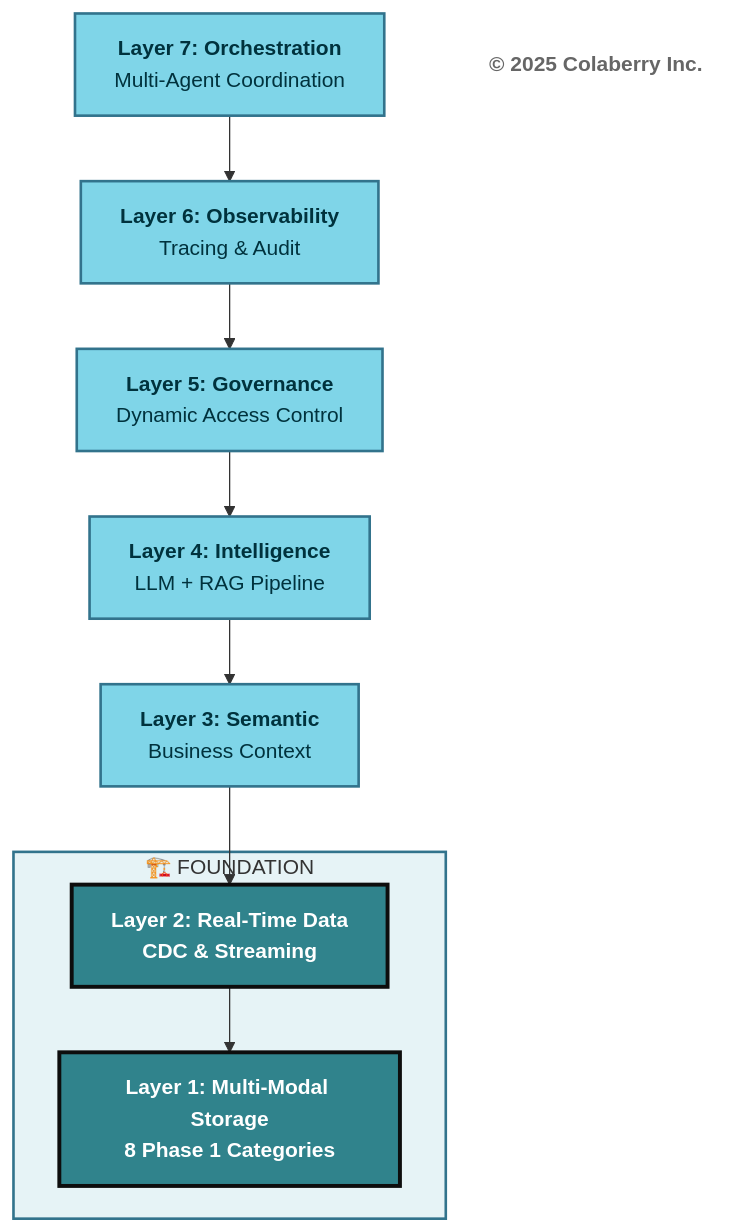
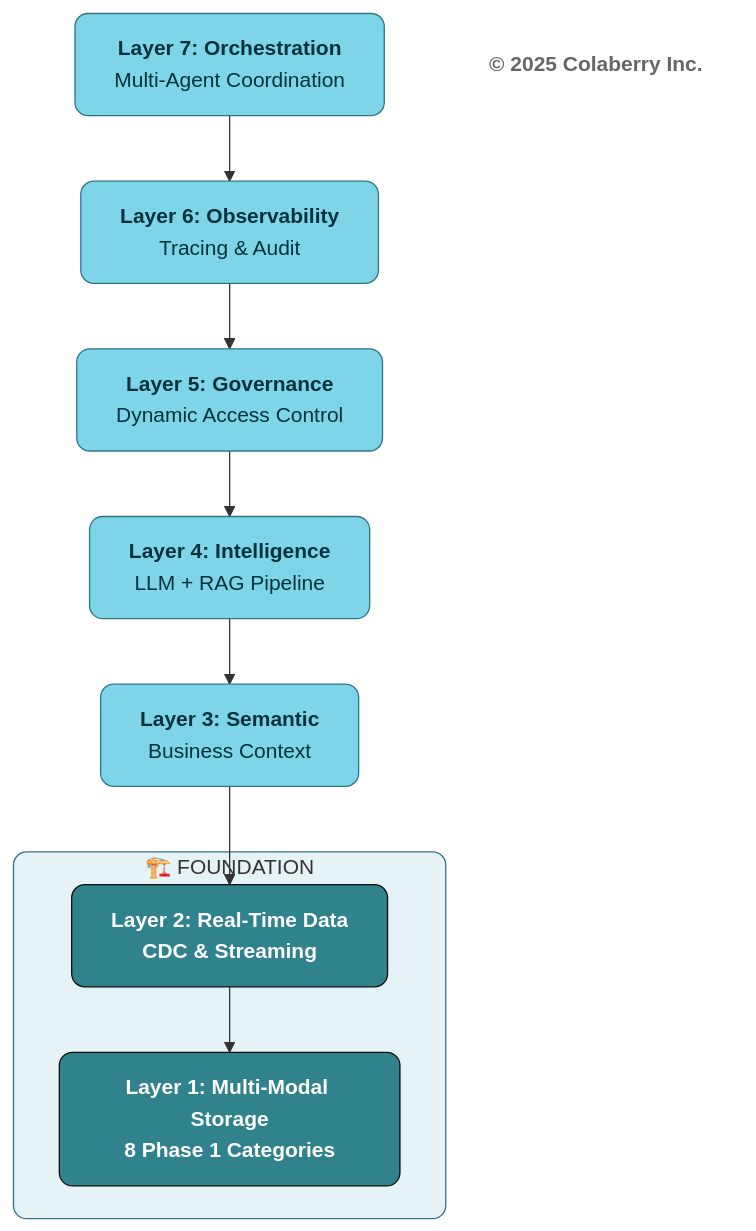
One commit to colaberry/trust-before-intelligence-book changed the third of 11 diagrams in manuscript/05_chapter_4_foundation_layers.md. Above: the diagram before and after it, drawn with Mermaid. The commit also changed other lines of this file and 12 other files, not shown here.

````diff
--- a/manuscript/05_chapter_4_foundation_layers.md
+++ b/manuscript/05_chapter_4_foundation_layers.md
@@ -110,28 +110,28 @@
 ```mermaid
 graph TB
     L7["<b>Layer 7: Orchestration</b><br/>Multi-Agent Coordination"]
     L6["<b>Layer 6: Observability</b><br/>Tracing & Audit"]
     L5["<b>Layer 5: Governance</b><br/>Dynamic Access Control"]
     L4["<b>Layer 4: Intelligence</b><br/>LLM + RAG Pipeline"]
     L3["<b>Layer 3: Semantic</b><br/>Business Context"]
     
     subgraph FOUNDATION["🏗️ FOUNDATION"]
         L2["<b>Layer 2: Real-Time Data</b><br/><b>CDC & Streaming</b>"]
         L1["<b>Layer 1: Multi-Modal Storage</b><br/><b>8 Phase 1 Categories</b>"]
     end
     
     Copyright["<b>© 2025 Colaberry Inc.</b>"]
     
     L7 --> L6 --> L5 --> L4 --> L3
     L3 --> L2 --> L1
 
-    style L7 fill:#7FD5E8,stroke:#32738C,stroke-width:2px,color:#00323D
-    style L6 fill:#7FD5E8,stroke:#32738C,stroke-width:2px,color:#00323D
-    style L5 fill:#7FD5E8,stroke:#32738C,stroke-width:2px,color:#00323D
-    style L4 fill:#7FD5E8,stroke:#32738C,stroke-width:2px,color:#00323D
-    style L3 fill:#7FD5E8,stroke:#32738C,stroke-width:2px,color:#00323D
-    style L2 fill:#30838C,color:#ffffff,stroke:#0D0D0D,stroke-width:3px
-    style L1 fill:#30838C,color:#ffffff,stroke:#0D0D0D,stroke-width:3px
-    style FOUNDATION fill:#E6F3F6,stroke:#32738C,stroke-width:2px
-    style Copyright fill:#ffffff,stroke:none,color:#666666
+    style L7 fill:#7FD5E8,stroke:#32738C,stroke-width:1px,color:#00323D,rx:10,ry:10
+    style L6 fill:#7FD5E8,stroke:#32738C,stroke-width:1px,color:#00323D,rx:10,ry:10
+    style L5 fill:#7FD5E8,stroke:#32738C,stroke-width:1px,color:#00323D,rx:10,ry:10
+    style L4 fill:#7FD5E8,stroke:#32738C,stroke-width:1px,color:#00323D,rx:10,ry:10
+    style L3 fill:#7FD5E8,stroke:#32738C,stroke-width:1px,color:#00323D,rx:10,ry:10
+    style L2 fill:#30838C,color:#ffffff,stroke:#0D0D0D,stroke-width:1px,rx:10,ry:10
+    style L1 fill:#30838C,color:#ffffff,stroke:#0D0D0D,stroke-width:1px,rx:10,ry:10
+    style FOUNDATION fill:#E6F3F6,stroke:#32738C,stroke-width:1px,rx:10,ry:10
+    style Copyright fill:none,stroke:none,color:#666666
 ```
````
